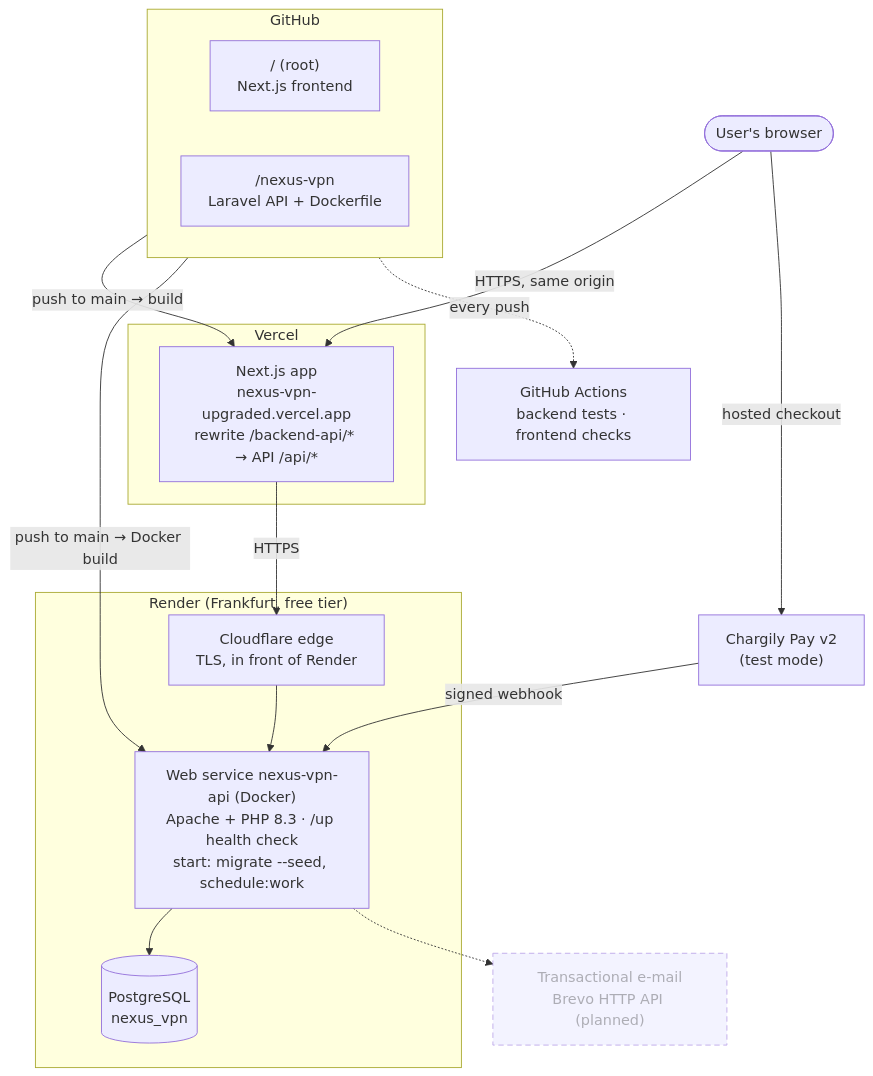
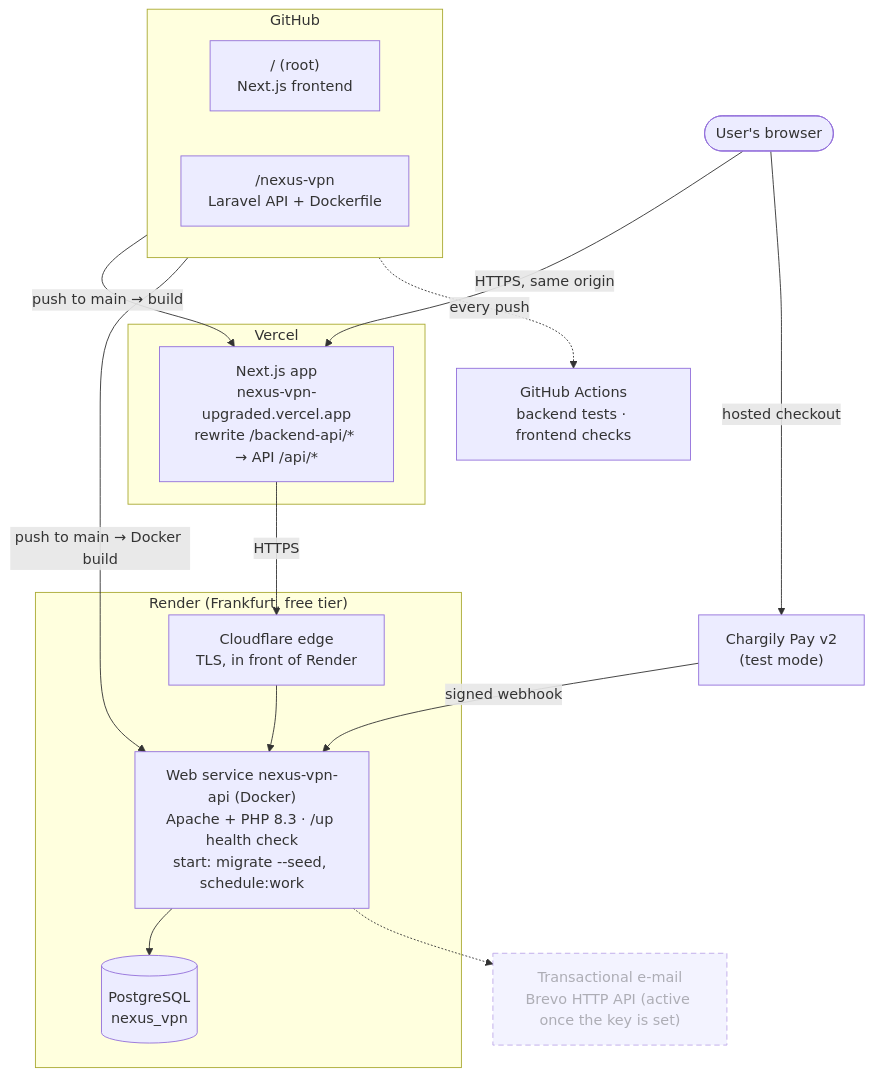
Before and after one commit to mossabsrh/nexus-vpn-upgraded: the diagram in docs/memoire/figures/deployment-en.mmd, drawn with Mermaid. The commit also changed 21 other files, not shown here.

First line of the commit message:
feat(mail): send production e-mail through the Brevo HTTP API (TD-16)

```diff
--- a/docs/memoire/figures/deployment-en.mmd
+++ b/docs/memoire/figures/deployment-en.mmd
@@ -1,31 +1,31 @@
 flowchart TB
     U(["User's browser"])
     subgraph GH["GitHub"]
         direction LR
         FR["/ (root)<br/>Next.js frontend"]
         BE["/nexus-vpn<br/>Laravel API + Dockerfile"]
     end
     CI["GitHub Actions<br/>backend tests · frontend checks"]
     subgraph VC["Vercel"]
         V["Next.js app<br/>nexus-vpn-upgraded.vercel.app<br/>rewrite /backend-api/* → API /api/*"]
     end
     subgraph RD["Render (Frankfurt, free tier)"]
         CF["Cloudflare edge<br/>TLS, in front of Render"]
         R["Web service nexus-vpn-api (Docker)<br/>Apache + PHP 8.3 · /up health check<br/>start: migrate --seed, schedule:work"]
         PG[("PostgreSQL<br/>nexus_vpn")]
     end
     CH["Chargily Pay v2<br/>(test mode)"]
-    MAIL["Transactional e-mail<br/>Brevo HTTP API (planned)"]
+    MAIL["Transactional e-mail<br/>Brevo HTTP API (active once the key is set)"]
 
     GH -.->|every push| CI
     FR -->|push to main → build| V
     BE -->|push to main → Docker build| R
     U -->|HTTPS, same origin| V
     V -->|HTTPS| CF
     CF --> R
     R --> PG
     U -->|hosted checkout| CH
     CH -->|signed webhook| R
     R -.-> MAIL
     class MAIL planned
     classDef planned stroke-dasharray: 6 4, opacity:0.6
```
